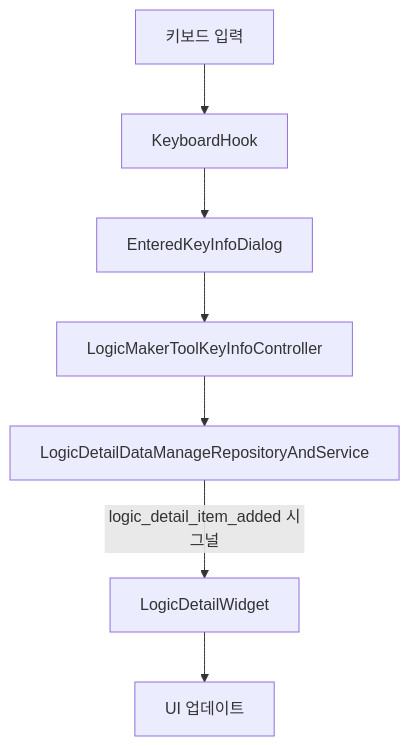
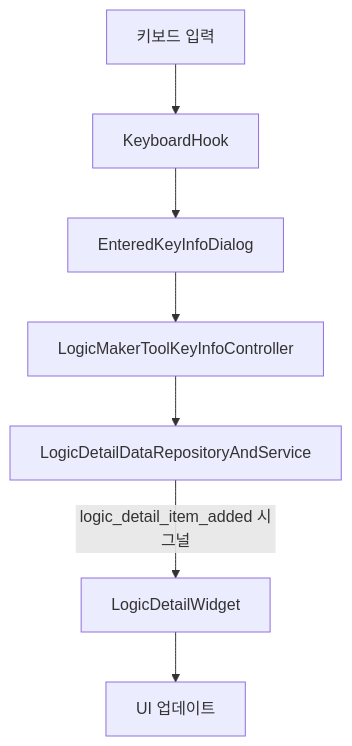
One commit to ayc0735work/ddoky changed the diagram in BE/Doc/Key_Info_Input.md. Above: the diagram before and after it, drawn with Mermaid. The commit also changed other lines of this file and 14 other files, not shown here.

````diff
--- a/BE/Doc/Key_Info_Input.md
+++ b/BE/Doc/Key_Info_Input.md
@@ -165,9 +165,9 @@
 ```mermaid
 graph TD
     A[키보드 입력] --> B[KeyboardHook]
     B --> C[EnteredKeyInfoDialog]
     C --> D[LogicMakerToolKeyInfoController]
-    D --> E[LogicDetailDataManageRepositoryAndService]
+    D --> E[LogicDetailDataRepositoryAndService]
     E -- logic_detail_item_added 시그널 --> F[LogicDetailWidget]
     F --> G[UI 업데이트]
 ```
````
